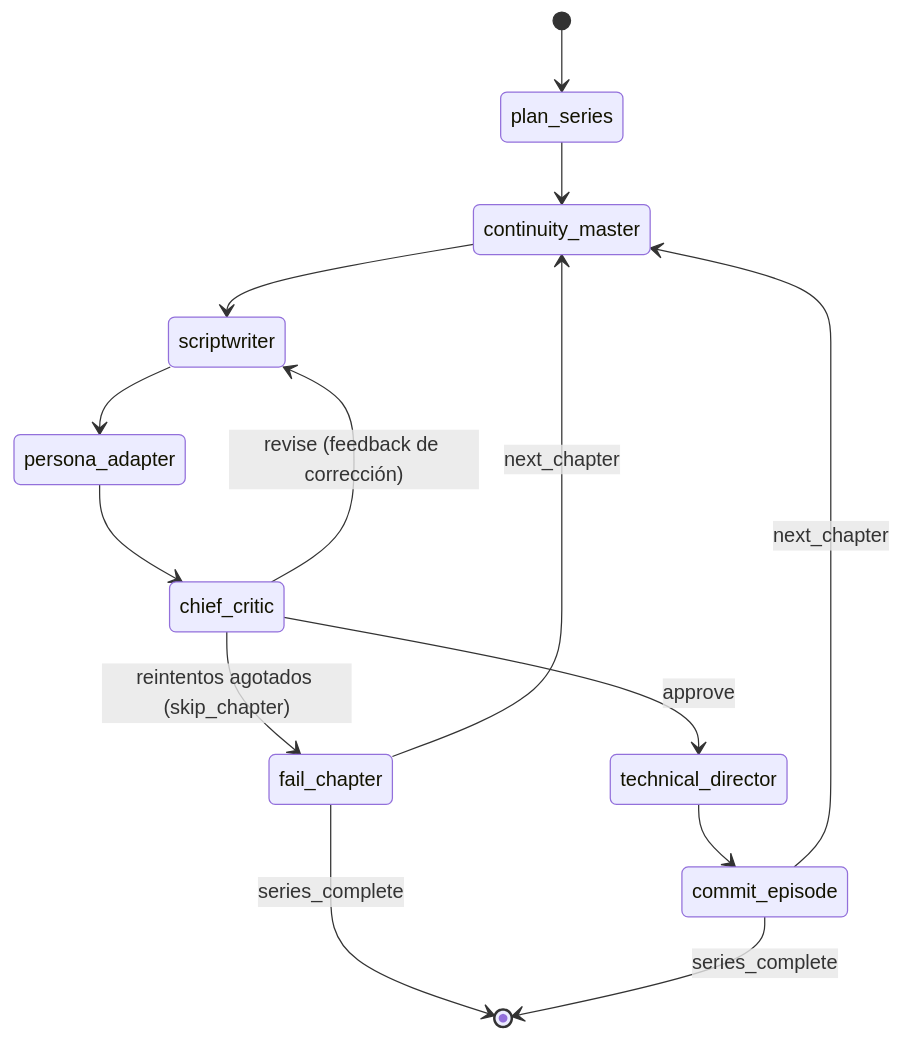
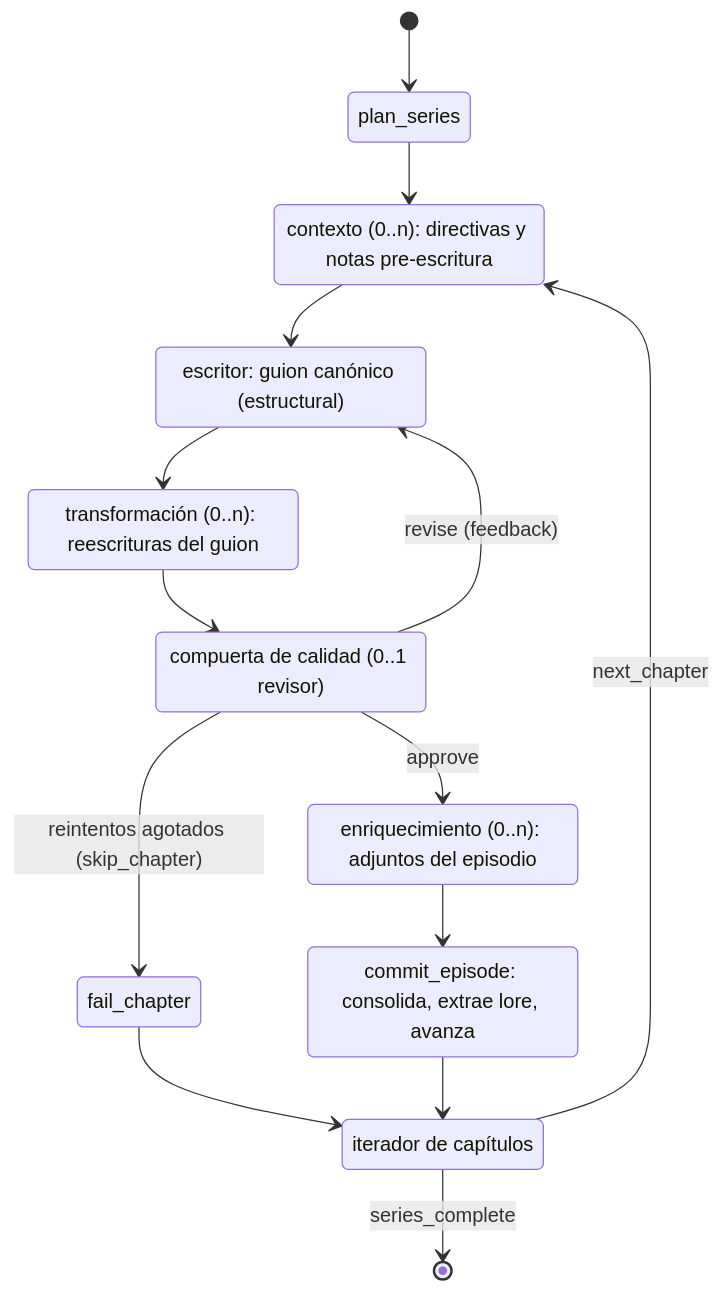
The diagram in README.md (juliangt/sinnema), drawn with Mermaid before and after one commit. The commit also changed other lines of this file, not shown here.

````diff
--- a/README.md
+++ b/README.md
@@ -123,16 +203,23 @@
 ```mermaid
 stateDiagram-v2
     [*] --> plan_series
-    plan_series --> continuity_master
-    continuity_master --> scriptwriter
-    scriptwriter --> persona_adapter
-    persona_adapter --> chief_critic
-    chief_critic --> scriptwriter: revise (feedback de corrección)
-    chief_critic --> technical_director: approve
-    chief_critic --> fail_chapter: reintentos agotados (skip_chapter)
-    technical_director --> commit_episode
-    fail_chapter --> continuity_master: next_chapter
-    fail_chapter --> [*]: series_complete
-    commit_episode --> continuity_master: next_chapter
-    commit_episode --> [*]: series_complete
+    plan_series --> fase_contexto
+    state "contexto (0..n): directivas y notas pre-escritura" as fase_contexto
+    fase_contexto --> escritor
+    state "escritor: guion canónico (estructural)" as escritor
+    escritor --> fase_transformacion
+    state "transformación (0..n): reescrituras del guion" as fase_transformacion
+    fase_transformacion --> compuerta
+    state "compuerta de calidad (0..1 revisor)" as compuerta
+    compuerta --> escritor: revise (feedback)
+    compuerta --> fase_enriquecimiento: approve
+    compuerta --> fail_chapter: reintentos agotados (skip_chapter)
+    state "enriquecimiento (0..n): adjuntos del episodio" as fase_enriquecimiento
+    fase_enriquecimiento --> commit_episode
+    fail_chapter --> iterador
+    state "commit_episode: consolida, extrae lore, avanza" as commit_episode
+    commit_episode --> iterador
+    state "iterador de capítulos" as iterador
+    iterador --> fase_contexto: next_chapter
+    iterador --> [*]: series_complete
 ```
````
